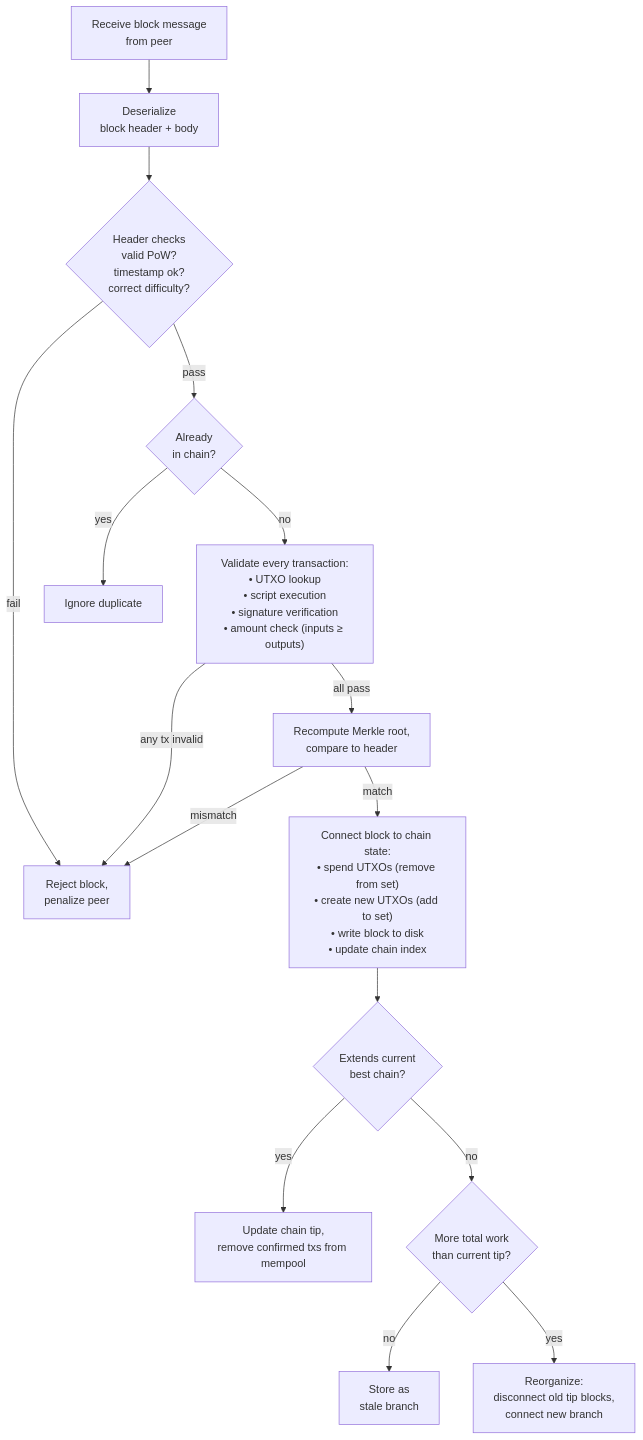
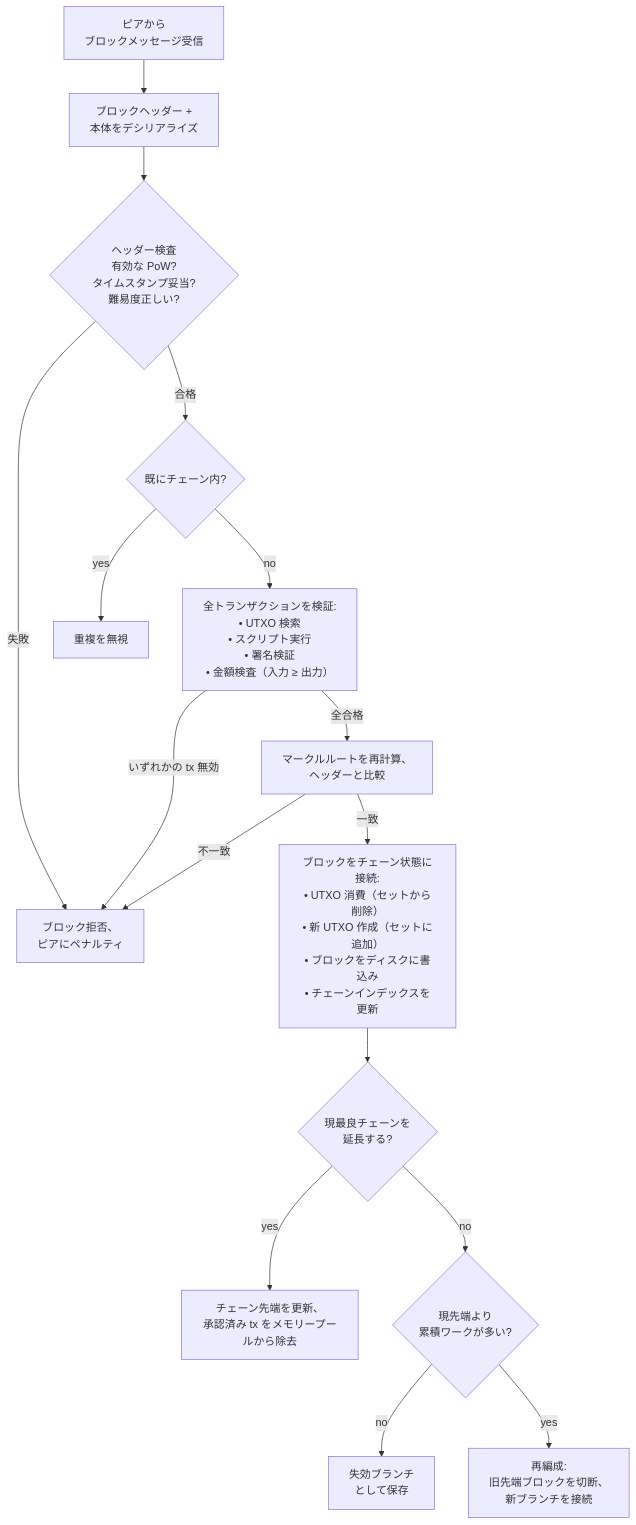
One commit to cypher256/BitcoinArchive changed the fourth of 5 diagrams in src/data/translations/ja/design/2009-01-03-bitcoin-system-design-overview.md. Above: the diagram before and after it, drawn with Mermaid. The commit also changed other lines of this file and 11 other files, not shown here.

````diff
--- a/src/data/translations/ja/design/2009-01-03-bitcoin-system-design-overview.md
+++ b/src/data/translations/ja/design/2009-01-03-bitcoin-system-design-overview.md
@@ -177,23 +177,23 @@
 ```mermaid
 flowchart TD
-    RECV["Receive block message<br/>from peer"] --> DESER["Deserialize<br/>block header + body"]
-    DESER --> HDR{"Header checks<br/>valid PoW?<br/>timestamp ok?<br/>correct difficulty?"}
+    RECV["ピアから<br/>ブロックメッセージ受信"] --> DESER["ブロックヘッダー +<br/>本体をデシリアライズ"]
+    DESER --> HDR{"ヘッダー検査<br/>有効な PoW?<br/>タイムスタンプ妥当?<br/>難易度正しい?"}
 
-    HDR -- fail --> REJECT["Reject block,<br/>penalize peer"]
-    HDR -- pass --> DUPTST{"Already<br/>in chain?"}
+    HDR -- 失敗 --> REJECT["ブロック拒否、<br/>ピアにペナルティ"]
+    HDR -- 合格 --> DUPTST{"既にチェーン内?"}
 
-    DUPTST -- yes --> DROP["Ignore duplicate"]
-    DUPTST -- no --> CTXVAL["Validate every transaction:<br/>• UTXO lookup<br/>• script execution<br/>• signature verification<br/>• amount check (inputs ≥ outputs)"]
+    DUPTST -- yes --> DROP["重複を無視"]
+    DUPTST -- no --> CTXVAL["全トランザクションを検証:<br/>• UTXO 検索<br/>• スクリプト実行<br/>• 署名検証<br/>• 金額検査（入力 ≥ 出力）"]
 
-    CTXVAL -- any tx invalid --> REJECT
-    CTXVAL -- all pass --> MERKLE["Recompute Merkle root,<br/>compare to header"]
+    CTXVAL -- いずれかの tx 無効 --> REJECT
+    CTXVAL -- 全合格 --> MERKLE["マークルルートを再計算、<br/>ヘッダーと比較"]
 
-    MERKLE -- mismatch --> REJECT
-    MERKLE -- match --> CONNECT["Connect block to chain state:<br/>• spend UTXOs (remove from set)<br/>• create new UTXOs (add to set)<br/>• write block to disk<br/>• update chain index"]
+    MERKLE -- 不一致 --> REJECT
+    MERKLE -- 一致 --> CONNECT["ブロックをチェーン状態に接続:<br/>• UTXO 消費（セットから削除）<br/>• 新 UTXO 作成（セットに追加）<br/>• ブロックをディスクに書込み<br/>• チェーンインデックスを更新"]
 
-    CONNECT --> FORK{"Extends current<br/>best chain?"}
-    FORK -- yes --> TIP["Update chain tip,<br/>remove confirmed txs from mempool"]
-    FORK -- no --> REORG{"More total work<br/>than current tip?"}
-    REORG -- no --> STALE["Store as<br/>stale branch"]
-    REORG -- yes --> REORGANIZE["Reorganize:<br/>disconnect old tip blocks,<br/>connect new branch"]
+    CONNECT --> FORK{"現最良チェーンを<br/>延長する?"}
+    FORK -- yes --> TIP["チェーン先端を更新、<br/>承認済み tx をメモリープールから除去"]
+    FORK -- no --> REORG{"現先端より<br/>累積ワークが多い?"}
+    REORG -- no --> STALE["失効ブランチ<br/>として保存"]
+    REORG -- yes --> REORGANIZE["再編成:<br/>旧先端ブロックを切断、<br/>新ブランチを接続"]
 ```
````
